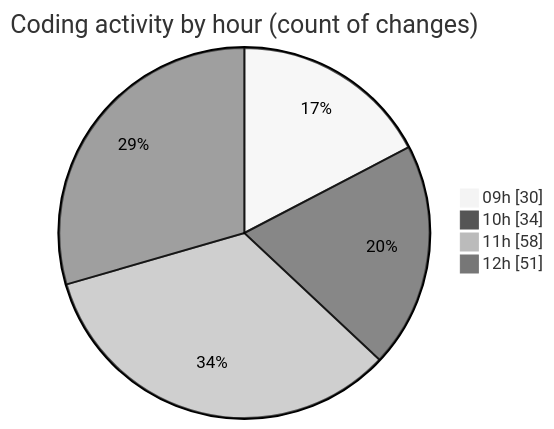
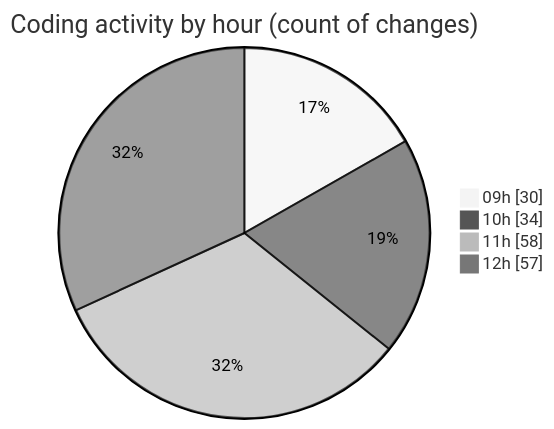
One commit to momahboobian/code-tracking changed the second of 2 diagrams in 2025-04-02/cda/README.md. Above: the diagram before and after it, drawn with Mermaid (neutral theme). The commit also changed other lines of this file and 1 other file, not shown here.

````diff
--- a/2025-04-02/cda/README.md
+++ b/2025-04-02/cda/README.md
@@ -36,8 +36,8 @@
 ```mermaid
 pie showData
 title Coding activity by hour (count of changes)
 "09h" : 30
 "10h" : 34
 "11h" : 58
-"12h" : 51
+"12h" : 57
 ```
````
